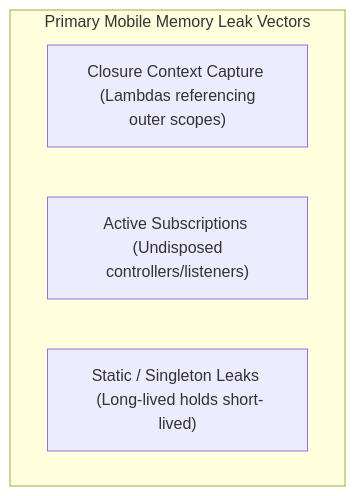
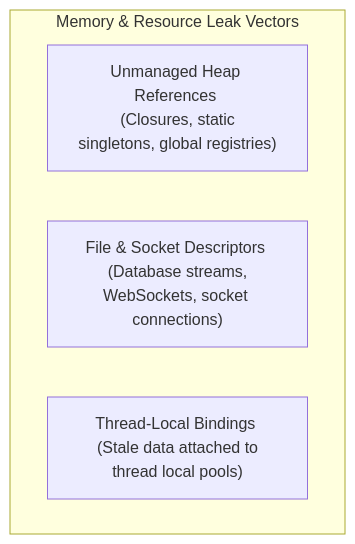
Before and after one commit to kshitij-thakre/engineering-problem-solving: the diagram in interview-notes/memory-management.md, drawn with Mermaid. The commit also changed other lines of this file and 57 other files, not shown here.

Commit message:
feat(architecture): expand repository into runtime systems, concurrency, and scalable engineering patterns platform

````diff
--- a/interview-notes/memory-management.md
+++ b/interview-notes/memory-management.md
@@ -15,8 +15,8 @@
 ```mermaid
 graph TD
-    subgraph LeakTypes ["Primary Mobile Memory Leak Vectors"]
-        Closure["Closure Context Capture <br/> (Lambdas referencing outer scopes)"]
-        Listeners["Active Subscriptions <br/> (Undisposed controllers/listeners)"]
-        StaticRefs["Static / Singleton Leaks <br/> (Long-lived holds short-lived)"]
+    subgraph LeakVectors ["Memory & Resource Leak Vectors"]
+        Heap["Unmanaged Heap References <br/> (Closures, static singletons, global registries)"]
+        OS["File & Socket Descriptors <br/> (Database streams, WebSockets, socket connections)"]
+        Thread["Thread-Local Bindings <br/> (Stale data attached to thread local pools)"]
     end
 ```
````
